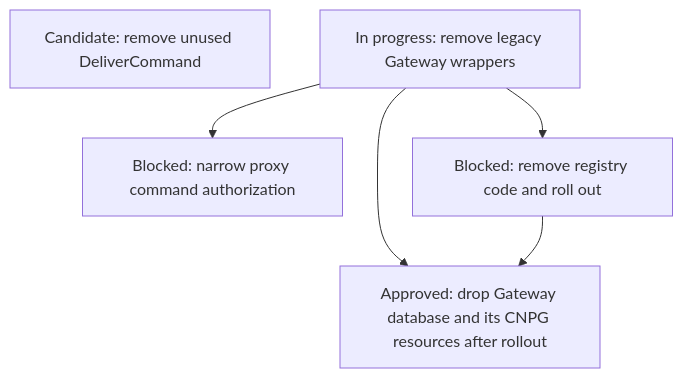
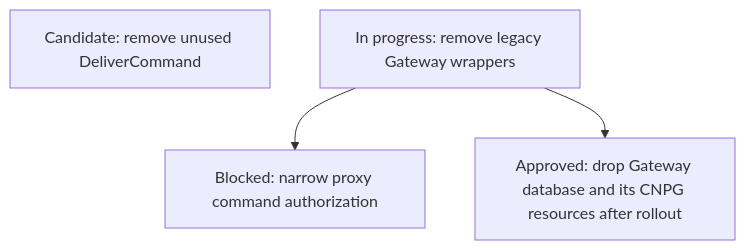
Before and after one commit to agentydragon-agent/ducktape: diagram 15 of 16 in agentplane/plans/task_dag.md, drawn with Mermaid. The commit also changed other lines of this file and 73 other files, not shown here.

First line of the commit message:
agentplane: retire Python Gateway Session registry runtime (#10720)

````diff
--- a/agentplane/plans/task_dag.md
+++ b/agentplane/plans/task_dag.md
@@ -1285,12 +1281,9 @@
 ```mermaid
 flowchart TD
     RUNNER_COMMAND_RPCS[Candidate: remove unused DeliverCommand]
     GATEWAY_WRAPPER_RETIRE[In progress: remove legacy Gateway wrappers]
     GATEWAY_DATABASE_DROP[Approved: drop Gateway database and its CNPG resources after rollout]
     PROXY_START_METHODS_DISPATCHER_ONLY[Blocked: narrow proxy command authorization]
     GATEWAY_WRAPPER_RETIRE --> PROXY_START_METHODS_DISPATCHER_ONLY
     GATEWAY_WRAPPER_RETIRE --> GATEWAY_DATABASE_DROP
-    GATEWAY_SESSION_REGISTRY_RETIRE[Blocked: remove registry code and roll out]
-    GATEWAY_WRAPPER_RETIRE --> GATEWAY_SESSION_REGISTRY_RETIRE
-    GATEWAY_SESSION_REGISTRY_RETIRE --> GATEWAY_DATABASE_DROP
 ```
````
